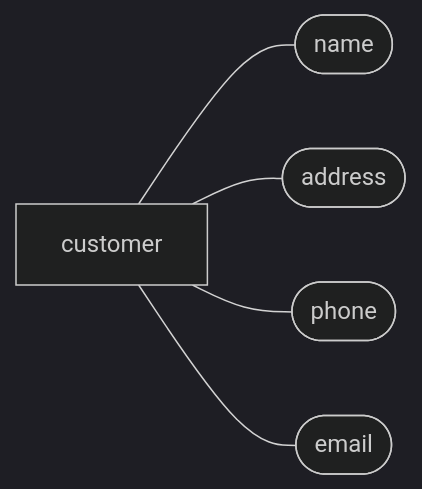
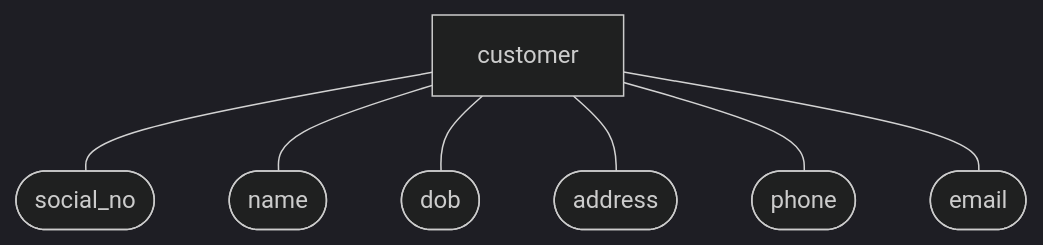
Before and after one commit to nghianguyentek/database: the first of 4 diagrams in data-model/er.md, drawn with Mermaid (dark theme). The commit also changed other lines of this file and 3 other files, not shown here.

````diff
--- a/data-model/er.md
+++ b/data-model/er.md
@@ -14,12 +39,16 @@
 ```mermaid
-flowchart LR
+flowchart TD
 customer[customer]
+socialNo([social_no])
+dob([dob])
 name([name])
 address([address])
 phone([phone])
 email([email])
+customer---socialNo
 customer---name
+customer---dob
 customer---address
 customer---phone
 customer---email
 ```
````
